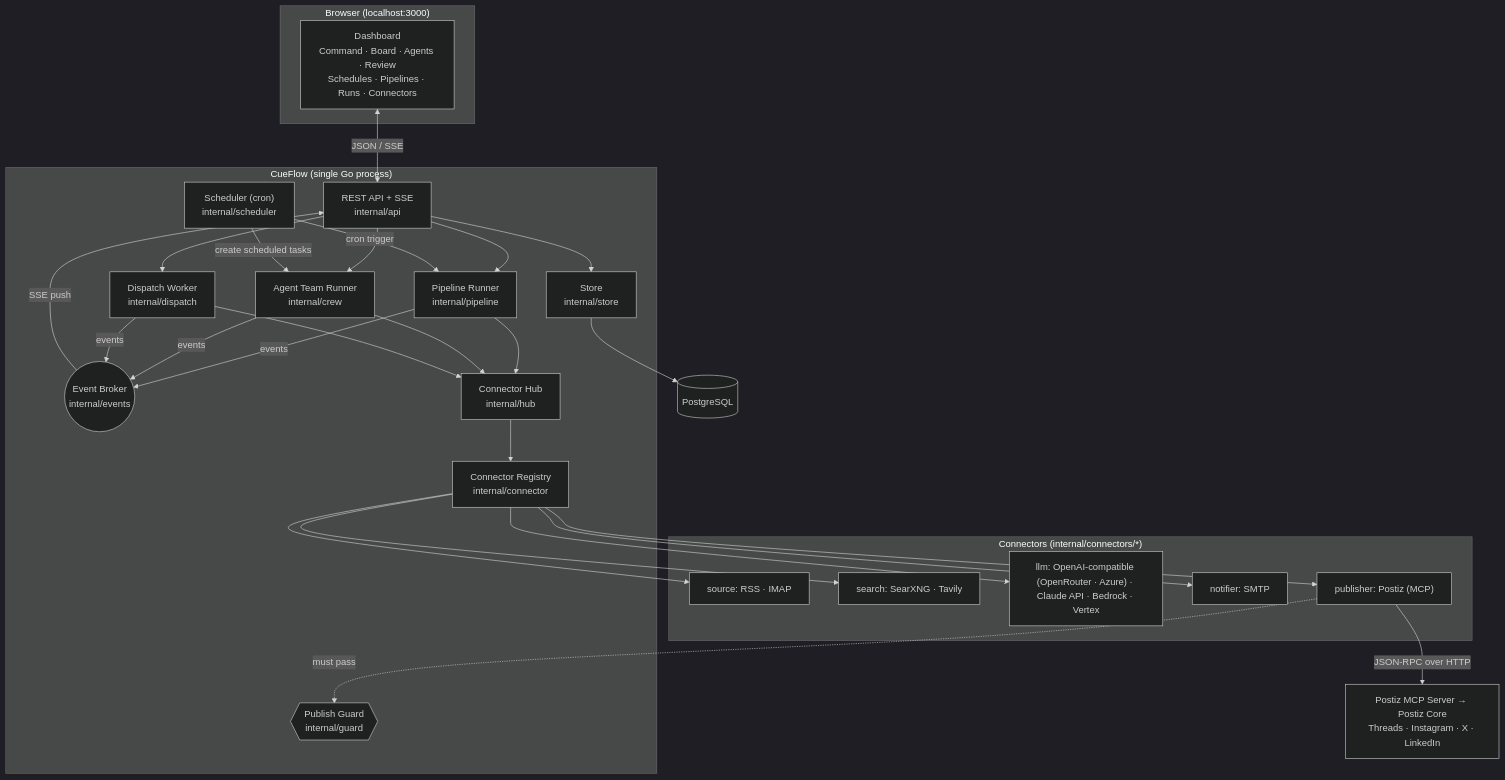
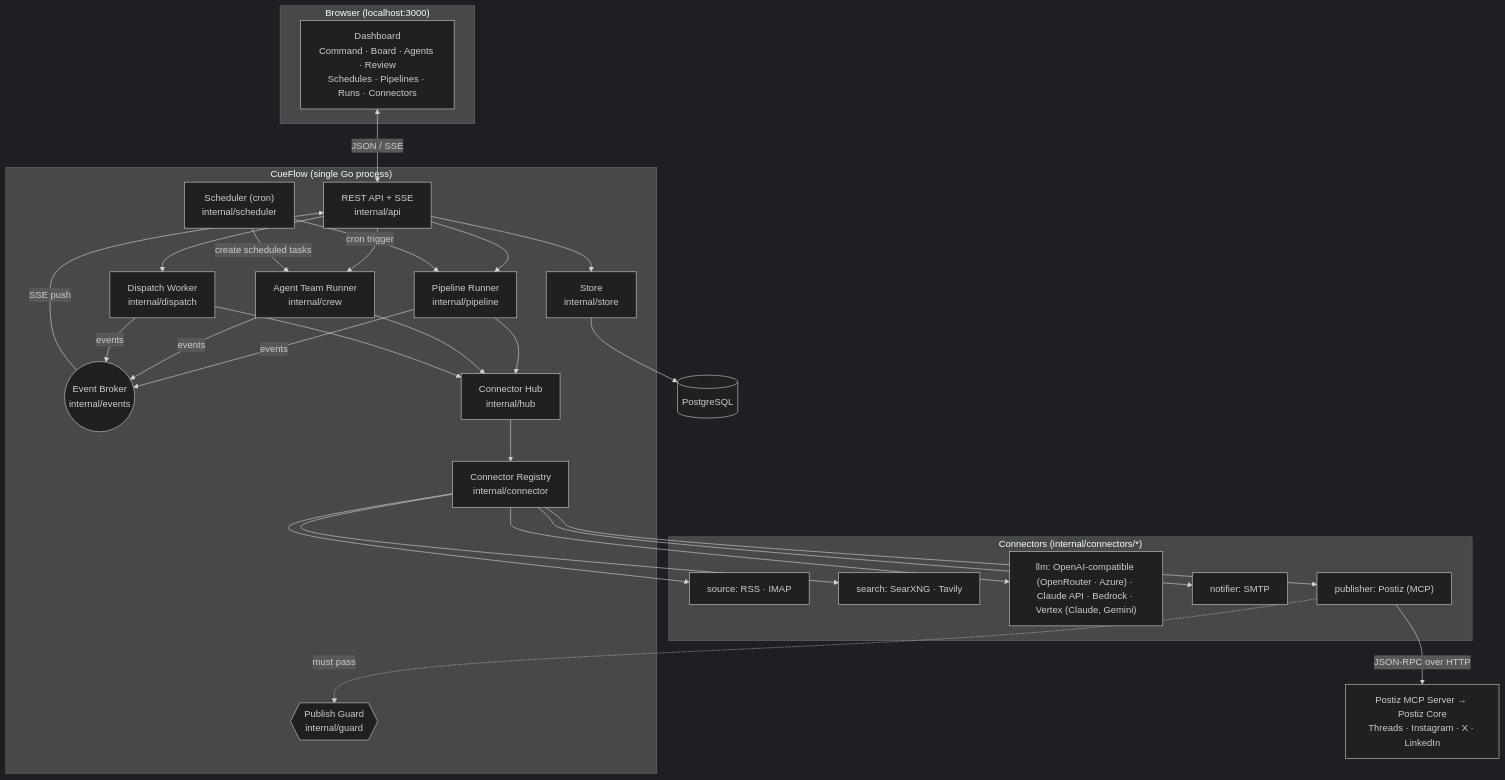
Before and after one commit to j75689/cueflow: the first of 6 diagrams in docs/architecture.md, drawn with Mermaid (dark theme). The commit also changed other lines of this file and 8 other files, not shown here.

First line of the commit message:
feat: Gemini on Vertex AI connector

````diff
--- a/docs/architecture.md
+++ b/docs/architecture.md
@@ -22,49 +22,49 @@
 ```mermaid
 flowchart TB
     subgraph Browser["Browser (localhost:3000)"]
         UI["Dashboard<br/>Command · Board · Agents · Review<br/>Schedules · Pipelines · Runs · Connectors"]
     end
 
     subgraph Core["CueFlow (single Go process)"]
         API["REST API + SSE<br/>internal/api"]
         Broker(("Event Broker<br/>internal/events"))
         Sched["Scheduler (cron)<br/>internal/scheduler"]
         Pipe["Pipeline Runner<br/>internal/pipeline"]
         Crew["Agent Team Runner<br/>internal/crew"]
         Disp["Dispatch Worker<br/>internal/dispatch"]
         Hub["Connector Hub<br/>internal/hub"]
         Reg["Connector Registry<br/>internal/connector"]
         Guard{{"Publish Guard<br/>internal/guard"}}
         Store["Store<br/>internal/store"]
     end
 
     DB[("PostgreSQL")]
 
     subgraph Plugins["Connectors (internal/connectors/*)"]
         Src["source: RSS · IMAP"]
         Search["search: SearXNG · Tavily"]
-        LLM["llm: OpenAI-compatible (OpenRouter · Azure) · Claude API · Bedrock · Vertex"]
+        LLM["llm: OpenAI-compatible (OpenRouter · Azure) · Claude API · Bedrock · Vertex (Claude, Gemini)"]
         Notif["notifier: SMTP"]
         Pub["publisher: Postiz (MCP)"]
     end
 
     Postiz["Postiz MCP Server → Postiz Core<br/>Threads · Instagram · X · LinkedIn"]
 
     UI <-->|"JSON / SSE"| API
     API --> Store
     API --> Crew
     API --> Disp
     API --> Pipe
     Broker -->|"SSE push"| API
     Sched -->|"cron trigger"| Pipe
     Sched -->|"create scheduled tasks"| Crew
     Pipe --> Hub
     Crew --> Hub
     Disp --> Hub
     Hub --> Reg
     Reg --> Src & Search & LLM & Notif & Pub
     Pub -.->|"must pass"| Guard
     Pub -->|"JSON-RPC over HTTP"| Postiz
     Store --> DB
     Pipe & Crew & Disp -->|"events"| Broker
 ```
````
